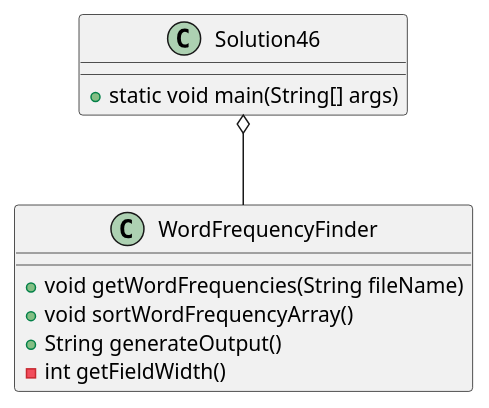
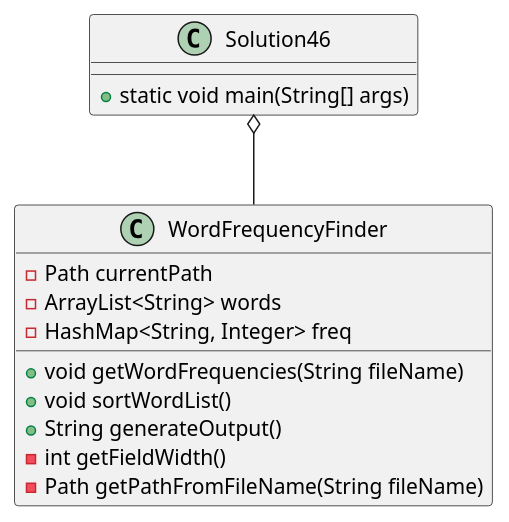
The diagram in exercise46/docs/class_diagram.puml (ethandrzb/thomas-a04), drawn with PlantUML before and after one commit.

Commit message:
Updated UML diagram

```diff
--- a/exercise46/docs/class_diagram.puml
+++ b/exercise46/docs/class_diagram.puml
@@ -1,19 +1,25 @@
 @startuml
 'https://plantuml.com/class-diagram
 
 class Solution46
 {
     +static void main(String[] args)
 }
 
 class WordFrequencyFinder
 {
+    -Path currentPath
+    -ArrayList<String> words
+    -HashMap<String, Integer> freq
+
     +void getWordFrequencies(String fileName)
-    +void sortWordFrequencyArray()
+    +void sortWordList()
     +String generateOutput()
     -int getFieldWidth()
+    -Path getPathFromFileName(String fileName)
+    
 }
 
 Solution46 o-- WordFrequencyFinder
 
 @enduml
```
